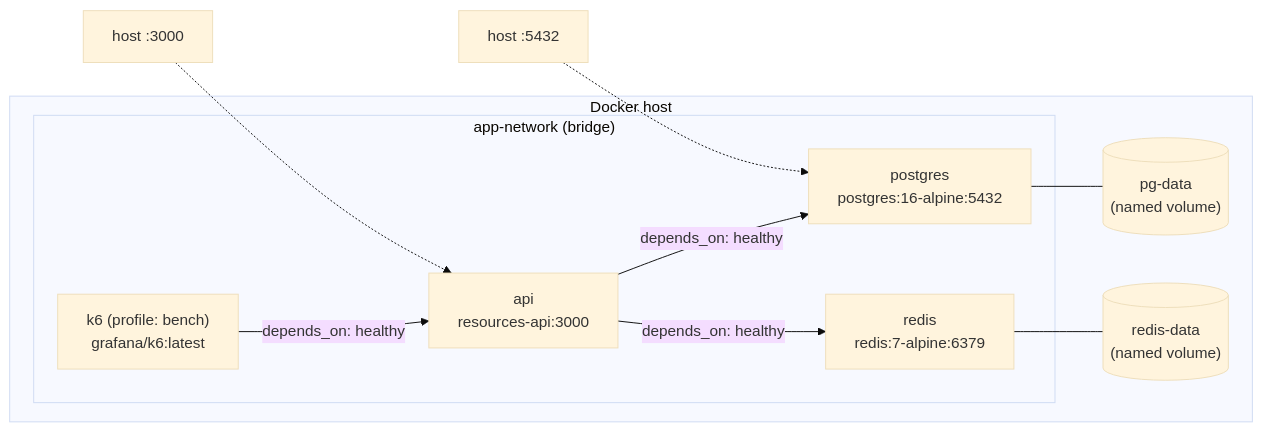
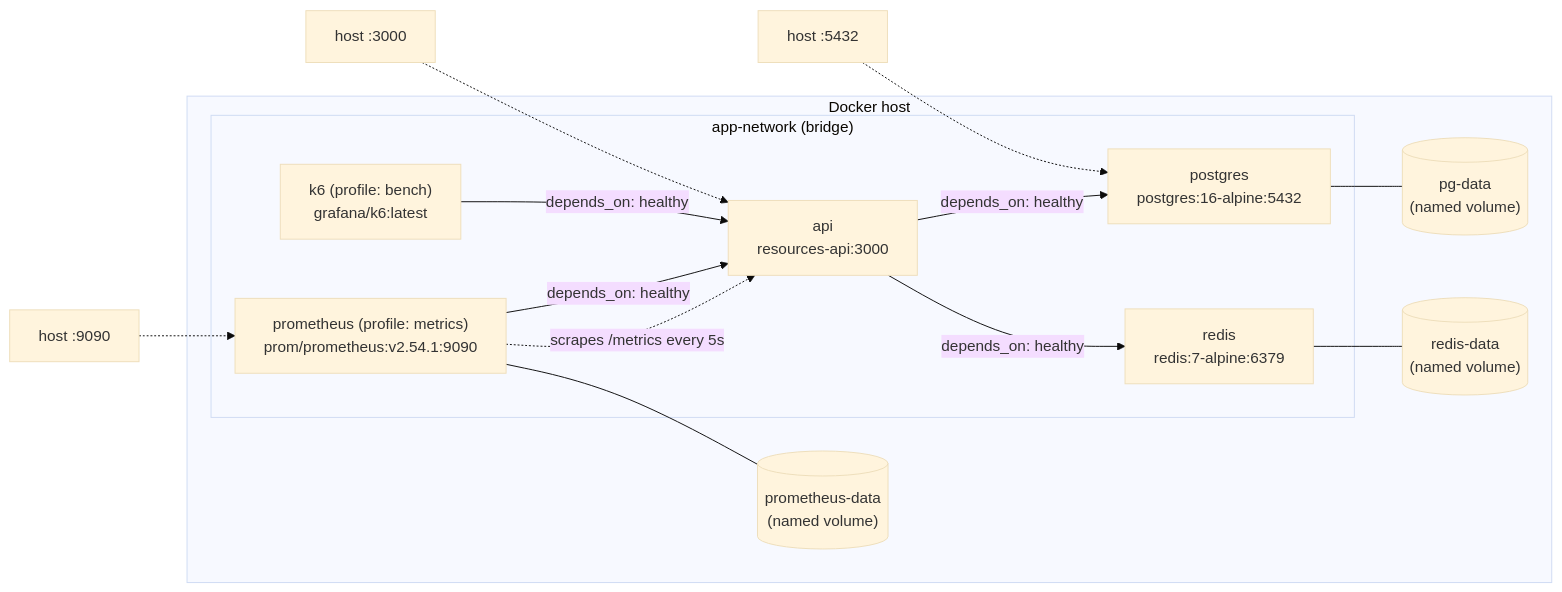
Before and after one commit to ngocgiang99/99tech_backend: the third of 4 diagrams in problem5/ARCHITECTURE.md, drawn with Mermaid (base theme). The commit also changed other lines of this file and 30 other files, not shown here.

First line of the commit message:
feat(problem5): add Prometheus metrics + /metrics endpoint (S07)

````diff
--- a/problem5/ARCHITECTURE.md
+++ b/problem5/ARCHITECTURE.md
@@ -161,23 +206,29 @@
 ```mermaid
 graph LR
     subgraph host["Docker host"]
         subgraph net["app-network (bridge)"]
             API["api<br/>resources-api:3000"]
             PG["postgres<br/>postgres:16-alpine:5432"]
             R["redis<br/>redis:7-alpine:6379"]
             K6["k6 (profile: bench)<br/>grafana/k6:latest"]
+            PROM["prometheus (profile: metrics)<br/>prom/prometheus:v2.54.1:9090"]
         end
         VolPg[("pg-data<br/>(named volume)")]
         VolR[("redis-data<br/>(named volume)")]
+        VolProm[("prometheus-data<br/>(named volume)")]
     end
 
     Host3000["host :3000"] -.-> API
     Host5432["host :5432"] -.-> PG
+    Host9090["host :9090"] -.-> PROM
 
     API -- "depends_on: healthy" --> PG
     API -- "depends_on: healthy" --> R
     K6 -- "depends_on: healthy" --> API
+    PROM -- "depends_on: healthy" --> API
+    PROM -. scrapes /metrics every 5s .-> API
 
     PG --- VolPg
     R --- VolR
+    PROM --- VolProm
 ```
````
